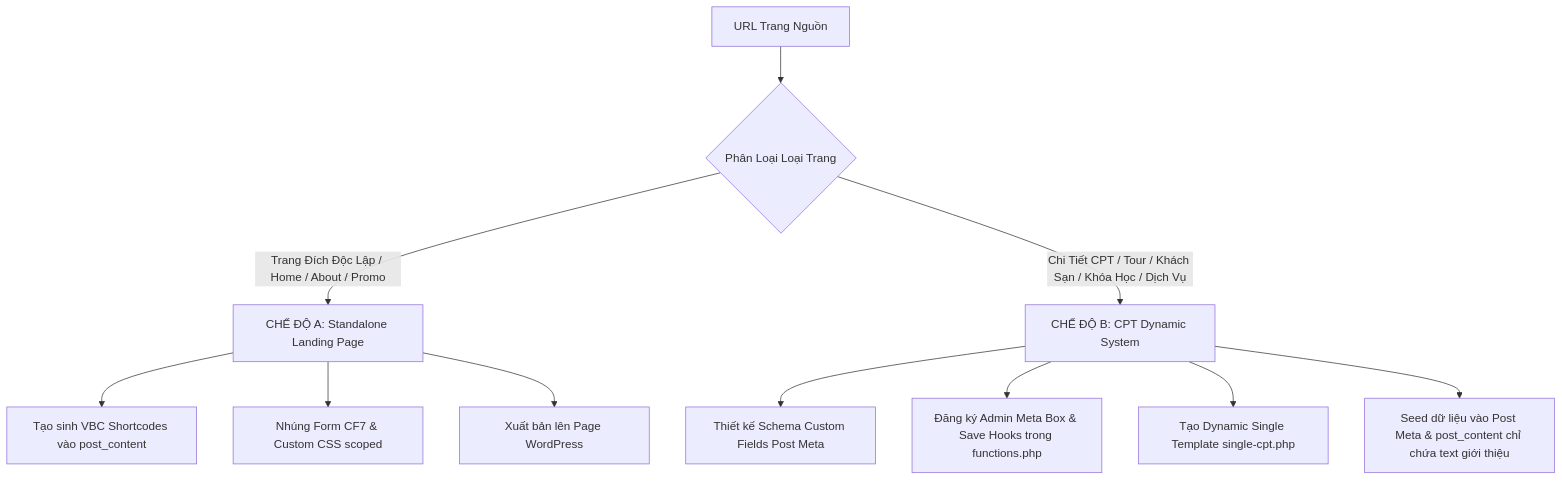
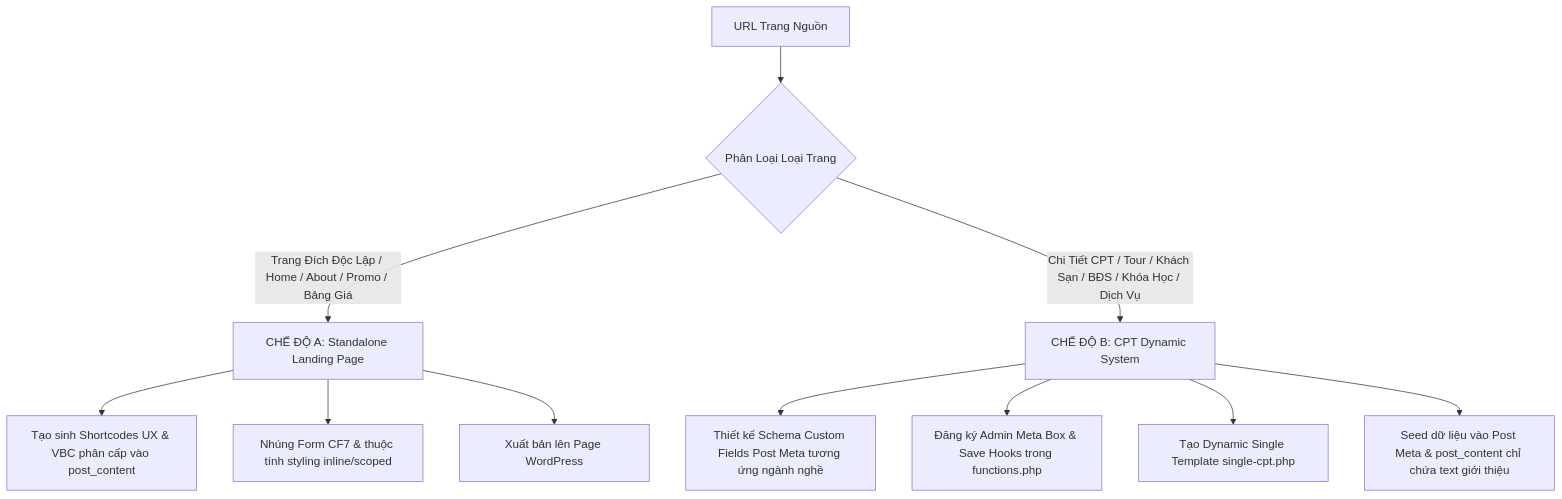
One commit to tuend-work/ultimate-flatsome-vibecode changed the diagram in .agents/skills/clone-landingpage/SKILL.md. Above: the diagram before and after it, drawn with Mermaid. The commit also changed other lines of this file and 3 other files, not shown here.

````diff
--- a/.agents/skills/clone-landingpage/SKILL.md
+++ b/.agents/skills/clone-landingpage/SKILL.md
@@ -38,15 +53,15 @@
 ```mermaid
 graph TD
     A[URL Trang Nguồn] --> B{Phân Loại Loại Trang}
-    B -->|Trang Đích Độc Lập / Home / About / Promo| C[CHẾ ĐỘ A: Standalone Landing Page]
-    B -->|Chi Tiết CPT / Tour / Khách Sạn / Khóa Học / Dịch Vụ| D[CHẾ ĐỘ B: CPT Dynamic System]
+    B -->|Trang Đích Độc Lập / Home / About / Promo / Bảng Giá| C[CHẾ ĐỘ A: Standalone Landing Page]
+    B -->|Chi Tiết CPT / Tour / Khách Sạn / BĐS / Khóa Học / Dịch Vụ| D[CHẾ ĐỘ B: CPT Dynamic System]
     
-    C --> C1[Tạo sinh VBC Shortcodes vào post_content]
-    C --> C2[Nhúng Form CF7 & Custom CSS scoped]
+    C --> C1[Tạo sinh Shortcodes UX & VBC phân cấp vào post_content]
+    C --> C2[Nhúng Form CF7 & thuộc tính styling inline/scoped]
     C --> C3[Xuất bản lên Page WordPress]
 
-    D --> D1[Thiết kế Schema Custom Fields Post Meta]
+    D --> D1[Thiết kế Schema Custom Fields Post Meta tương ứng ngành nghề]
     D --> D2[Đăng ký Admin Meta Box & Save Hooks trong functions.php]
     D --> D3[Tạo Dynamic Single Template single-cpt.php]
     D --> D4[Seed dữ liệu vào Post Meta & post_content chỉ chứa text giới thiệu]
 ```
````
